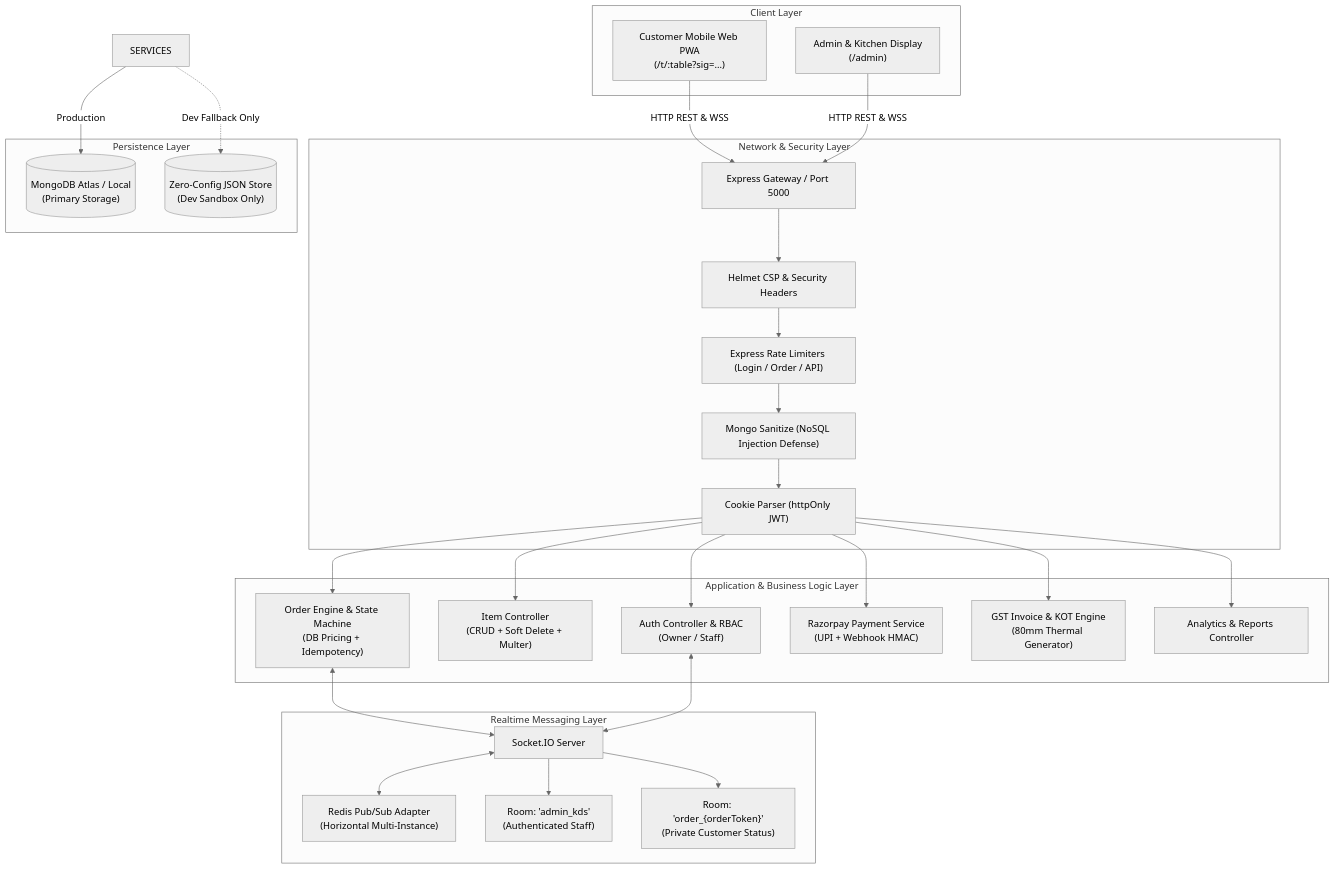
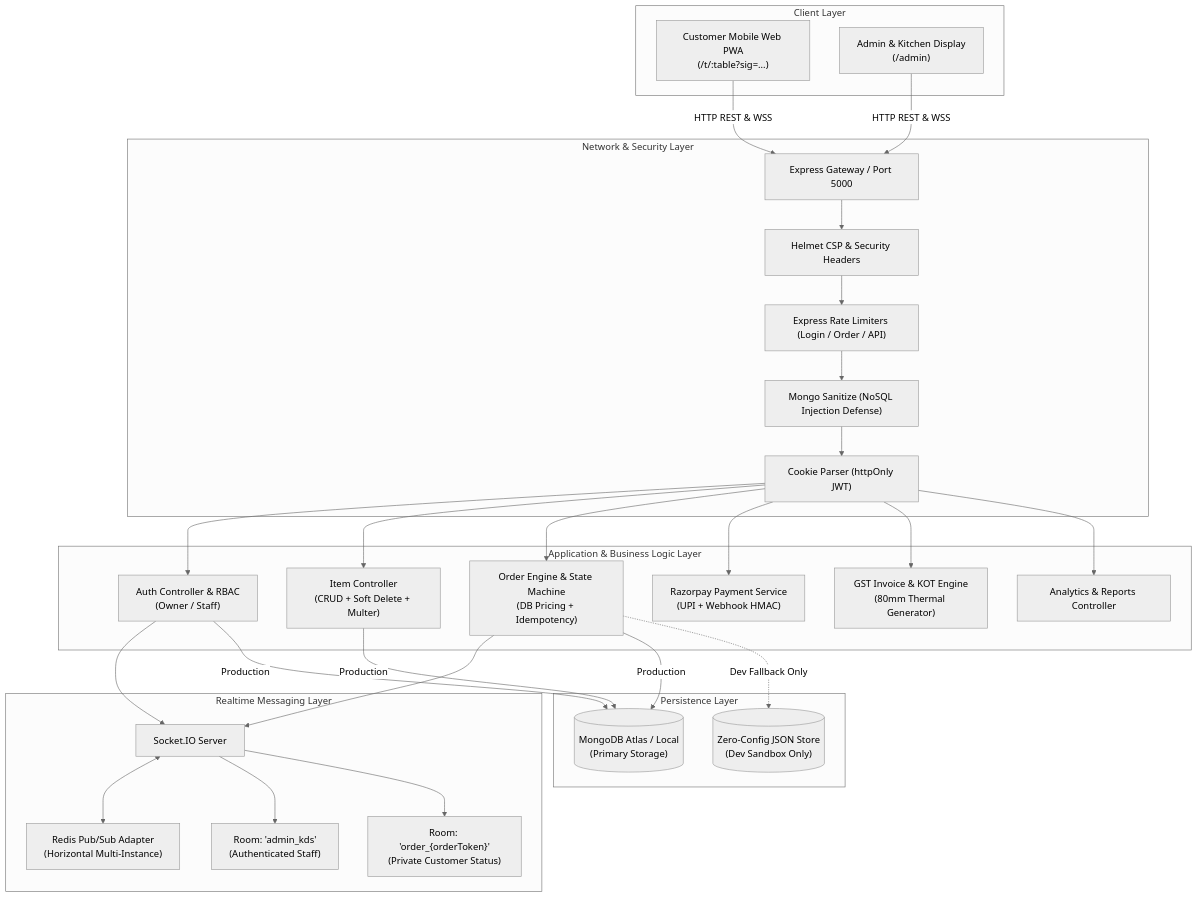
Before and after one commit to Anu7276/CAFE_MANAGEMENT_SYSTEM: the first of 6 diagrams in README.md, drawn with Mermaid (neutral theme). The commit also changed other lines of this file, not shown here.

Commit message:
docs(readme): fix mermaid syntax errors in sequence and flowchart diagrams

````diff
--- a/README.md
+++ b/README.md
@@ -41,57 +41,59 @@
 ```mermaid
 flowchart TD
     subgraph Clients ["Client Layer"]
         C1["Customer Mobile Web PWA<br/>(/t/:table?sig=...)"]
         C2["Admin & Kitchen Display<br/>(/admin)"]
     end
 
     subgraph Gateway ["Network & Security Layer"]
         GW["Express Gateway / Port 5000"]
         HL["Helmet CSP & Security Headers"]
         RL["Express Rate Limiters (Login / Order / API)"]
         MS["Mongo Sanitize (NoSQL Injection Defense)"]
         CP["Cookie Parser (httpOnly JWT)"]
     end
 
     subgraph Services ["Application & Business Logic Layer"]
         AUTH["Auth Controller & RBAC<br/>(Owner / Staff)"]
         ITEMS["Item Controller<br/>(CRUD + Soft Delete + Multer)"]
         ORDERS["Order Engine & State Machine<br/>(DB Pricing + Idempotency)"]
         PAY["Razorpay Payment Service<br/>(UPI + Webhook HMAC)"]
         INV["GST Invoice & KOT Engine<br/>(80mm Thermal Generator)"]
         REPORTS["Analytics & Reports Controller"]
     end
 
     subgraph Realtime ["Realtime Messaging Layer"]
         SIO["Socket.IO Server"]
         REDIS["Redis Pub/Sub Adapter<br/>(Horizontal Multi-Instance)"]
         ROOM1["Room: 'admin_kds'<br/>(Authenticated Staff)"]
         ROOM2["Room: 'order_{orderToken}'<br/>(Private Customer Status)"]
     end
 
     subgraph Storage ["Persistence Layer"]
         MONGO[("MongoDB Atlas / Local<br/>(Primary Storage)")]
         DEVSTORE[("Zero-Config JSON Store<br/>(Dev Sandbox Only)")]
     end
 
     C1 -->|"HTTP REST & WSS"| GW
     C2 -->|"HTTP REST & WSS"| GW
 
     GW --> HL --> RL --> MS --> CP
 
     CP --> AUTH
     CP --> ITEMS
     CP --> ORDERS
     CP --> PAY
     CP --> INV
     CP --> REPORTS
 
-    ORDERS <--> SIO
-    AUTH <--> SIO
+    ORDERS --> SIO
+    AUTH --> SIO
     SIO <--> REDIS
     SIO --> ROOM1
     SIO --> ROOM2
 
-    SERVICES -->|"Production"| MONGO
-    SERVICES -.->|"Dev Fallback Only"| DEVSTORE
+    ORDERS -->|"Production"| MONGO
+    AUTH -->|"Production"| MONGO
+    ITEMS -->|"Production"| MONGO
+    ORDERS -.->|"Dev Fallback Only"| DEVSTORE
 ```
````
